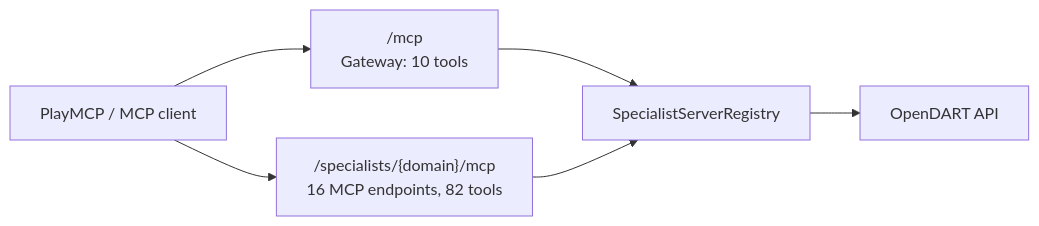
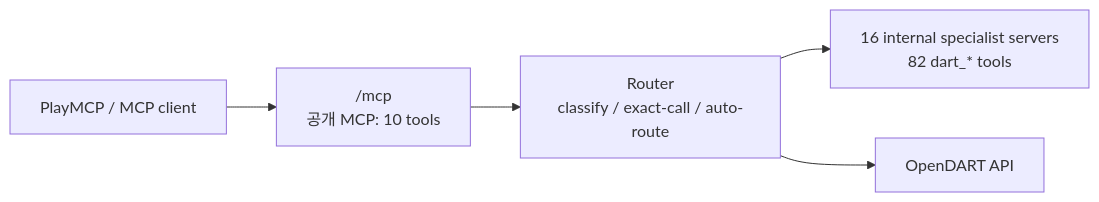
The diagram in docs/IMPLEMENTATION_DEPLOYMENT_KO.md (MLOpsEngineer/opendart-mcp), drawn with Mermaid before and after one commit. The commit also changed other lines of this file and 6 other files, not shown here.

First line of the commit message:
Route the public MCP through all OpenDART specialists

````diff
--- a/docs/IMPLEMENTATION_DEPLOYMENT_KO.md
+++ b/docs/IMPLEMENTATION_DEPLOYMENT_KO.md
@@ -8,8 +8,7 @@
 ```mermaid
 flowchart LR
-    C["PlayMCP / MCP client"] --> G["/mcp\nGateway: 10 tools"]
-    C --> S["/specialists/{domain}/mcp\n16 MCP endpoints, 82 tools"]
-    G --> R["SpecialistServerRegistry"]
-    S --> R
+    C["PlayMCP / MCP client"] --> G["/mcp\n공개 MCP: 10 tools"]
+    G --> R["Router\nclassify / exact-call / auto-route"]
+    R --> S["16 internal specialist servers\n82 dart_* tools"]
     R --> D["OpenDART API"]
 ```
````
